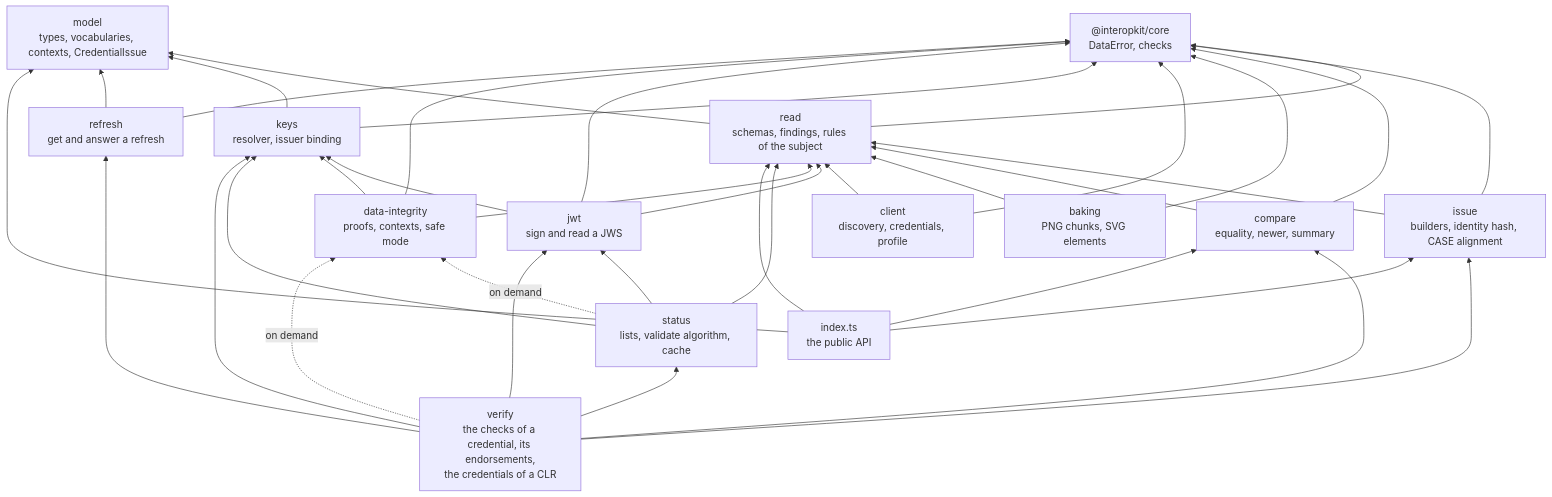
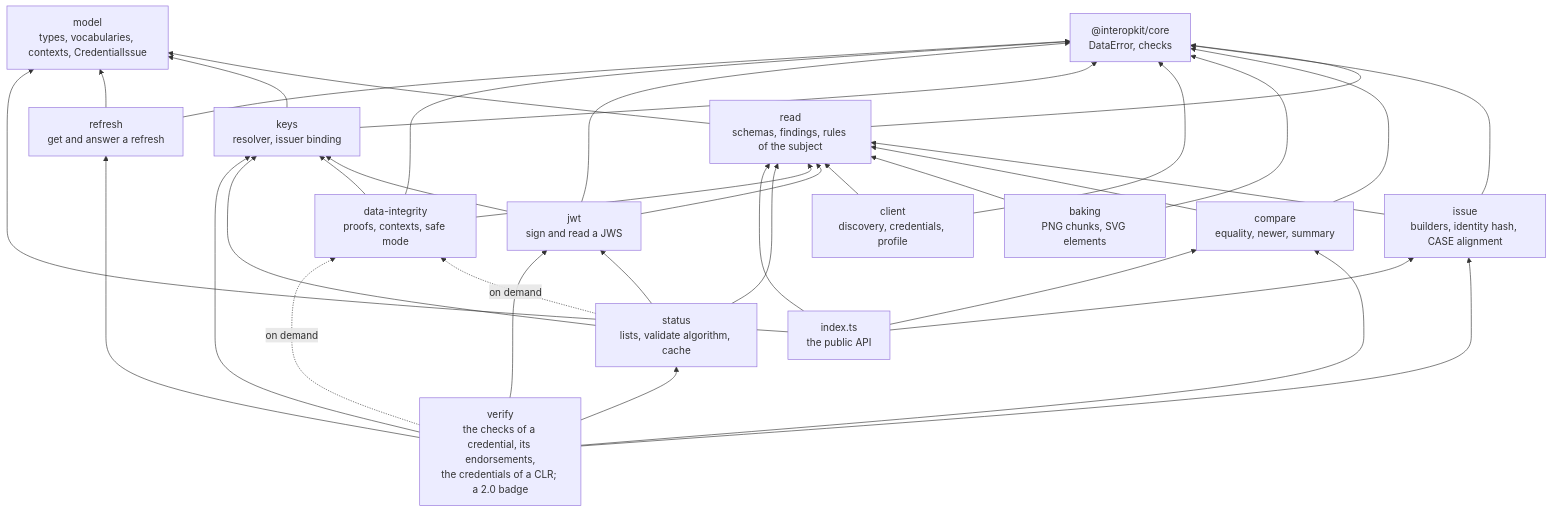
Before and after one commit to interopkit/interopkit: the first of 2 diagrams in docs/achievement-credentials/architecture.md, drawn with Mermaid. The commit also changed other lines of this file and 28 other files, not shown here.

````diff
--- a/docs/achievement-credentials/architecture.md
+++ b/docs/achievement-credentials/architecture.md
@@ -16,52 +16,52 @@
 ```mermaid
 flowchart BT
   core["@interopkit/core<br/>DataError, checks"]
   model["model<br/>types, vocabularies, contexts, CredentialIssue"]
   read["read<br/>schemas, findings, rules of the subject"]
   issue["issue<br/>builders, identity hash, CASE alignment"]
   compare["compare<br/>equality, newer, summary"]
   baking["baking<br/>PNG chunks, SVG elements"]
   client["client<br/>discovery, credentials, profile"]
   keys["keys<br/>resolver, issuer binding"]
   jwt["jwt<br/>sign and read a JWS"]
   di["data-integrity<br/>proofs, contexts, safe mode"]
   status["status<br/>lists, validate algorithm, cache"]
   refresh["refresh<br/>get and answer a refresh"]
-  verify["verify<br/>the checks of a credential, its endorsements,<br/>the credentials of a CLR"]
+  verify["verify<br/>the checks of a credential, its endorsements,<br/>the credentials of a CLR; a 2.0 badge"]
   root["index.ts<br/>the public API"]
   read --> model
   read --> core
   issue --> read
   issue --> core
   compare --> read
   compare --> core
   baking --> read
   baking --> core
   client --> read
   client --> core
   keys --> model
   keys --> core
   jwt --> read
   jwt --> keys
   jwt --> core
   di --> read
   di --> keys
   di --> core
   status --> read
   status --> keys
   status --> jwt
   status -.->|"on demand"| di
   refresh --> model
   refresh --> core
   verify --> issue
   verify --> compare
   verify --> jwt
   verify --> keys
   verify --> status
   verify --> refresh
   verify -.->|"on demand"| di
   root --> model
   root --> read
   root --> issue
   root --> compare
 ```
````
